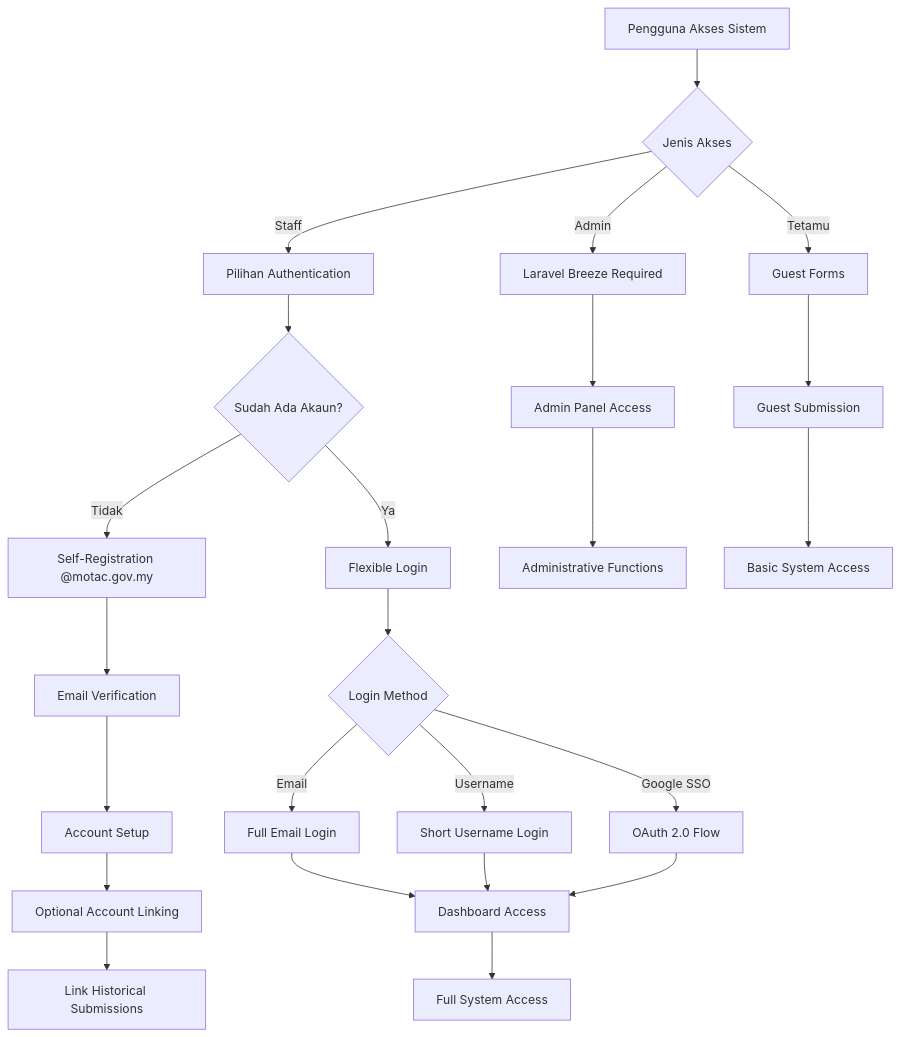
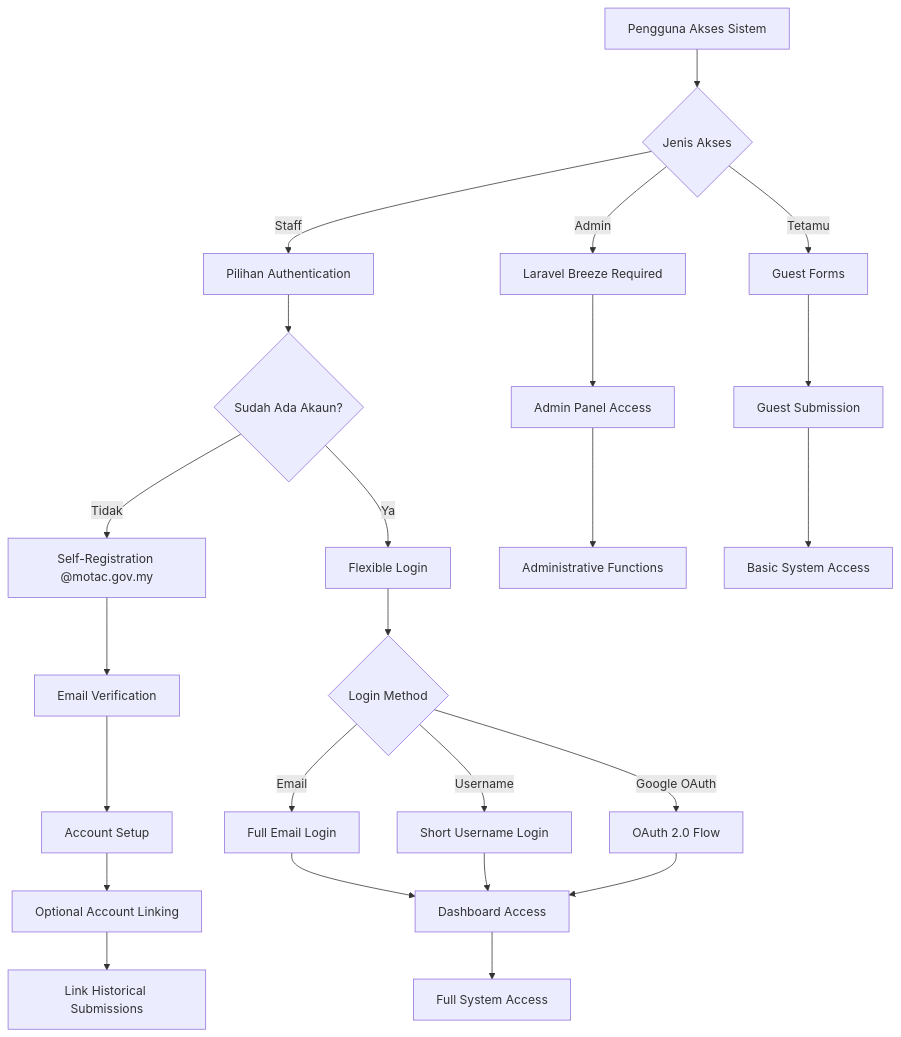
The third of 5 diagrams in docs/KRISA/D07_KRISA_ICTSERVE_PELAN_INTEGRASI_SISTEM.md (IzzatFirdaus/ictserve-031125), drawn with Mermaid before and after one commit. The commit also changed other lines of this file and 1 other file, not shown here.

````diff
--- a/docs/KRISA/D07_KRISA_ICTSERVE_PELAN_INTEGRASI_SISTEM.md
+++ b/docs/KRISA/D07_KRISA_ICTSERVE_PELAN_INTEGRASI_SISTEM.md
@@ -273,33 +257,33 @@
 ```mermaid
 graph TD
     A[Pengguna Akses Sistem] --> B{Jenis Akses}
     
     B -->|Staff| C[Pilihan Authentication]
     B -->|Admin| D[Laravel Breeze Required]
     B -->|Tetamu| E[Guest Forms]
     
     C --> F{Sudah Ada Akaun?}
     F -->|Tidak| G[Self-Registration @motac.gov.my]
     F -->|Ya| H[Flexible Login]
     
     G --> I[Email Verification]
     I --> J[Account Setup]
     J --> K[Optional Account Linking]
     
     H --> L{Login Method}
     L -->|Email| M[Full Email Login]
     L -->|Username| N[Short Username Login]
-    L -->|Google SSO| O[OAuth 2.0 Flow]
+    L -->|Google OAuth| O[OAuth 2.0 Flow]
     
     M --> P[Dashboard Access]
     N --> P
     O --> P
     
     D --> Q[Admin Panel Access]
     E --> R[Guest Submission]
     
     K --> S[Link Historical Submissions]
     P --> T[Full System Access]
     Q --> U[Administrative Functions]
     R --> V[Basic System Access]
 ```
````
